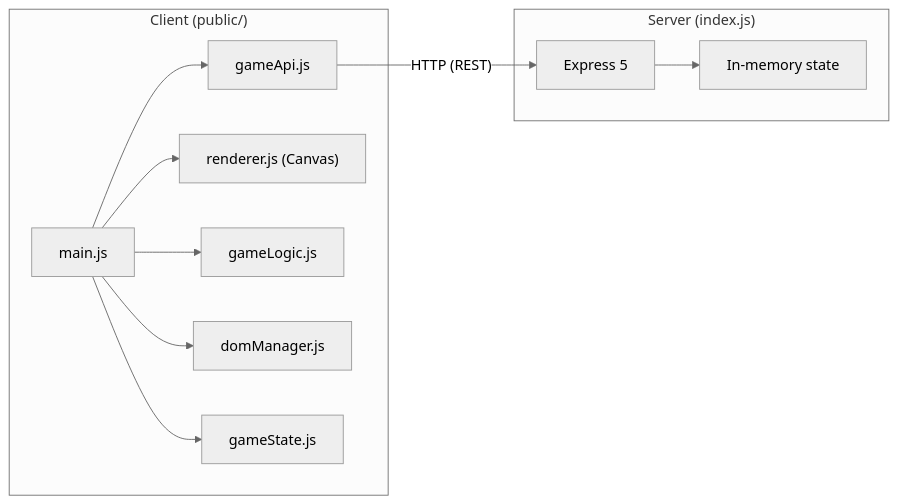
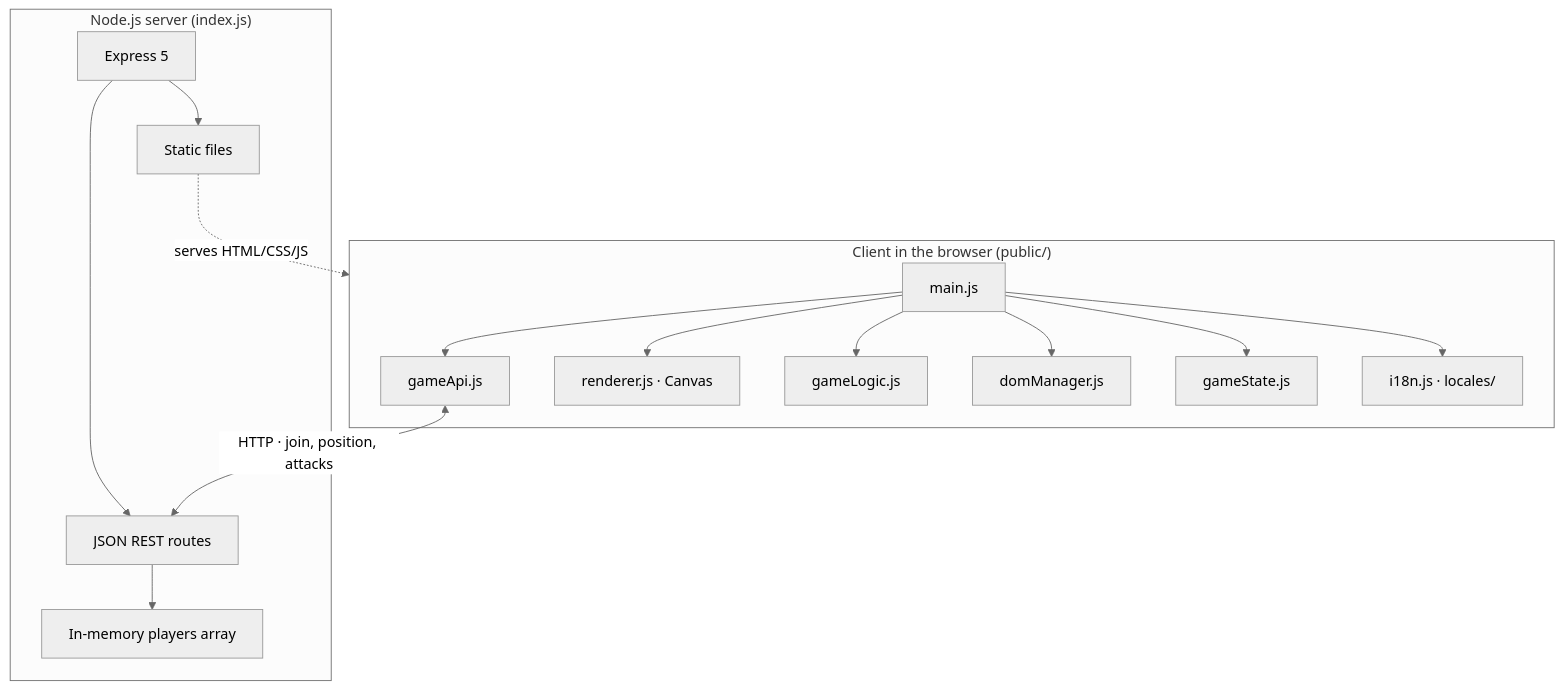
Before and after one commit to gonzalopozo/Nbamon: the second of 3 diagrams in README.md, drawn with Mermaid (neutral theme). The commit also changed other lines of this file, not shown here.

Commit message:
docs: mermaid diagrams improved in README.md

````diff
--- a/README.md
+++ b/README.md
@@ -373,16 +384,31 @@
 ```mermaid
-flowchart LR
-    subgraph Client["Client (public/)"]
-        Main["main.js"] --> API["gameApi.js"]
-        Main --> Renderer["renderer.js (Canvas)"]
-        Main --> GameLogic["gameLogic.js"]
-        Main --> DOM["domManager.js"]
-        Main --> State["gameState.js"]
+flowchart TB
+    subgraph browser["Client in the browser (public/)"]
+        main["main.js"]
+        api["gameApi.js"]
+        ren["renderer.js · Canvas"]
+        gl["gameLogic.js"]
+        dm["domManager.js"]
+        st["gameState.js"]
+        i18n["i18n.js · locales/"]
+        main --> api
+        main --> ren
+        main --> gl
+        main --> dm
+        main --> st
+        main --> i18n
     end
 
-    subgraph Server["Server (index.js)"]
-        Express["Express 5"] --> Players["In-memory state"]
+    subgraph server["Node.js server (index.js)"]
+        exp["Express 5"]
+        rest["JSON REST routes"]
+        static["Static files"]
+        mem["In-memory players array"]
+        exp --> rest
+        exp --> static
+        rest --> mem
     end
 
-    API -- "HTTP (REST)" --> Express
+    static -.->|serves HTML/CSS/JS| browser
+    api <-->|"HTTP · join, position, attacks"| rest
 ```
````
